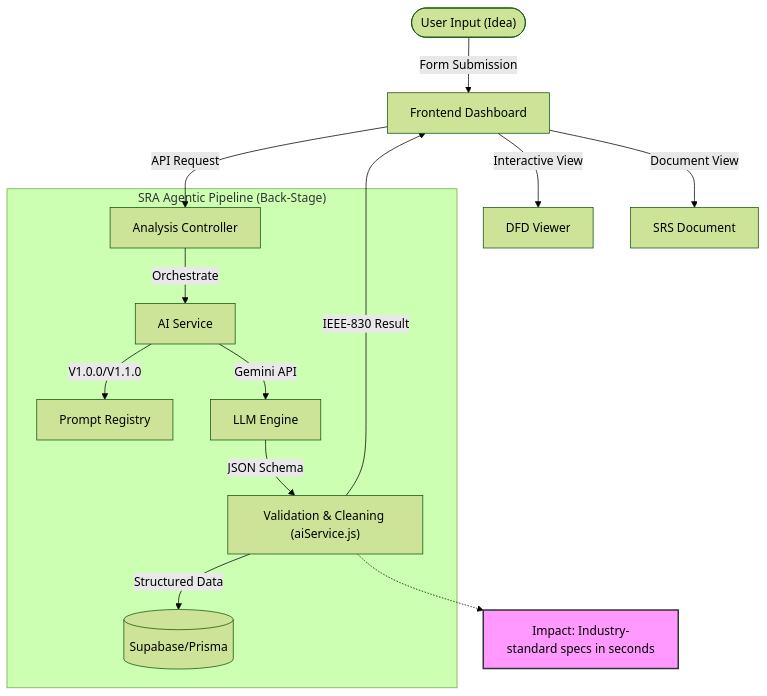
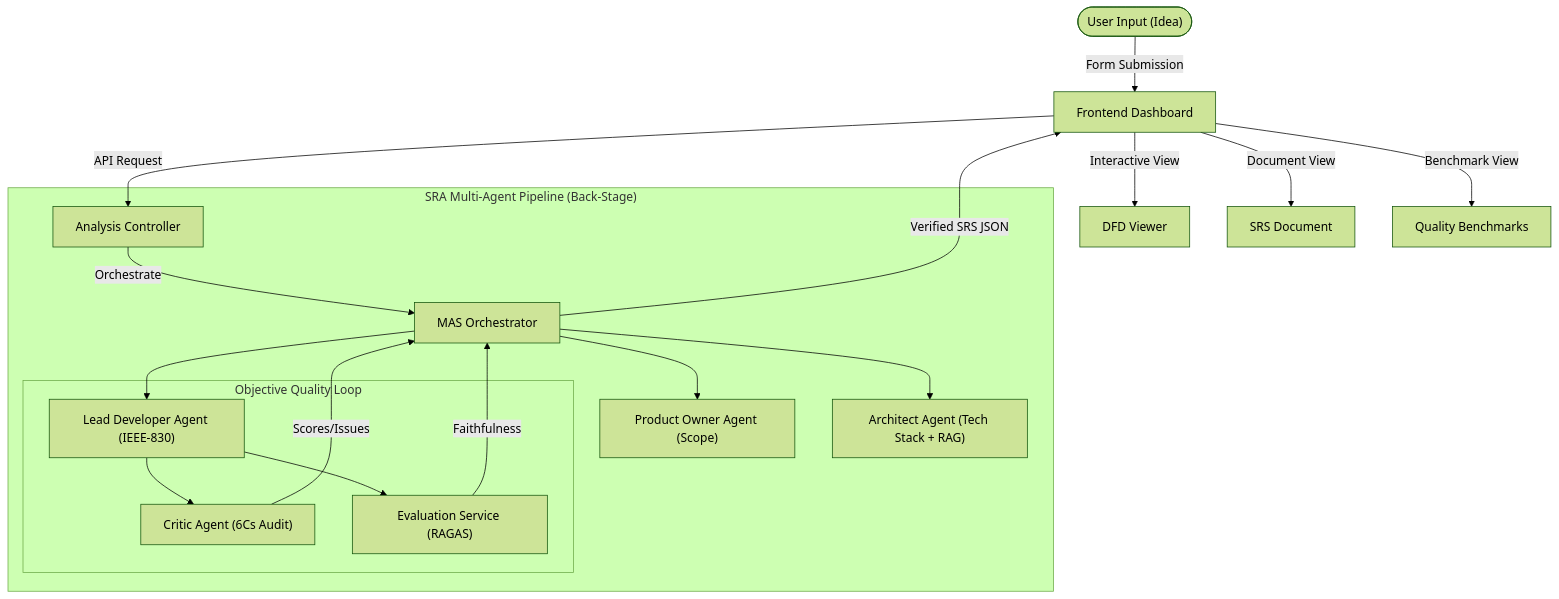
One commit to Aniket-a14/SRA changed the diagram in ai/diagrams/architecture/arch-system-overview.md. Above: the diagram before and after it, drawn with Mermaid (forest theme). The commit also changed other lines of this file and 6 other files, not shown here.

Commit message:
docs: Add comprehensive documentation for backend architecture, operations, and project roadmap, including system overview diagrams.

````diff
--- a/ai/diagrams/architecture/arch-system-overview.md
+++ b/ai/diagrams/architecture/arch-system-overview.md
@@ -16,22 +16,25 @@
 ```mermaid
 graph TD
     User(["User Input (Idea)"]) -->|Form Submission| FE[Frontend Dashboard]
     FE -->|API Request| AC[Analysis Controller]
     
-    subgraph "SRA Agentic Pipeline (Back-Stage)"
-        AC -->|Orchestrate| AIS[AI Service]
-        AIS -->|V1.0.0/V1.1.0| PR[Prompt Registry]
-        AIS -->|Gemini API| LLM[LLM Engine]
-        LLM -->|JSON Schema| VC["Validation & Cleaning (aiService.js)"]
-        VC -->|Structured Data| DB[(Supabase/Prisma)]
+    subgraph "SRA Multi-Agent Pipeline (Back-Stage)"
+        AC -->|Orchestrate| MAS[MAS Orchestrator]
+        MAS --> PO["Product Owner Agent (Scope)"]
+        MAS --> Arch["Architect Agent (Tech Stack + RAG)"]
+        MAS --> Dev["Lead Developer Agent (IEEE-830)"]
+        
+        subgraph "Objective Quality Loop"
+            Dev --> Critic["Critic Agent (6Cs Audit)"]
+            Dev --> Eval["Evaluation Service (RAGAS)"]
+        end
+        
+        Critic -->|Scores/Issues| MAS
+        Eval -->|Faithfulness| MAS
     end
     
-    VC -->|IEEE-830 Result| FE
+    MAS -->|Verified SRS JSON| FE
     FE -->|Interactive View| DFD[DFD Viewer]
     FE -->|Document View| SRS[SRS Document]
-    
-    %% Impact Annotations
-    classDef impact fill:#f9f,stroke:#333,stroke-width:2px;
-    Note1["Impact: Industry-standard specs in seconds"]:::impact
-    VC -.-> Note1
+    FE -->|Benchmark View| BV[Quality Benchmarks]
 ```
````
